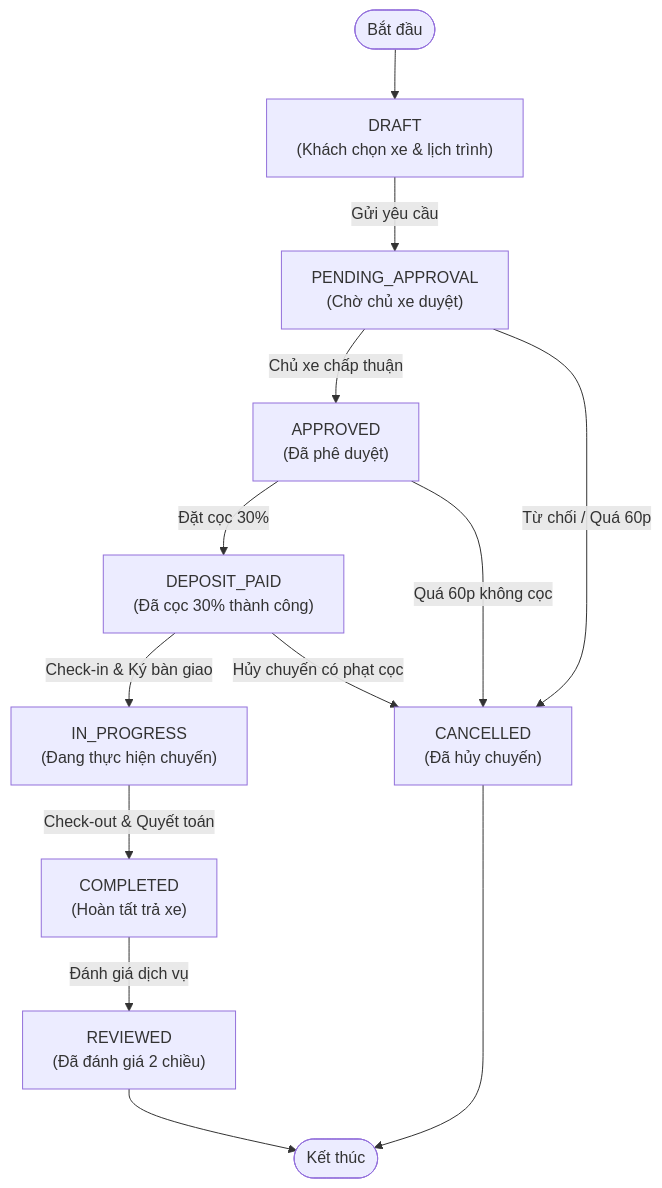
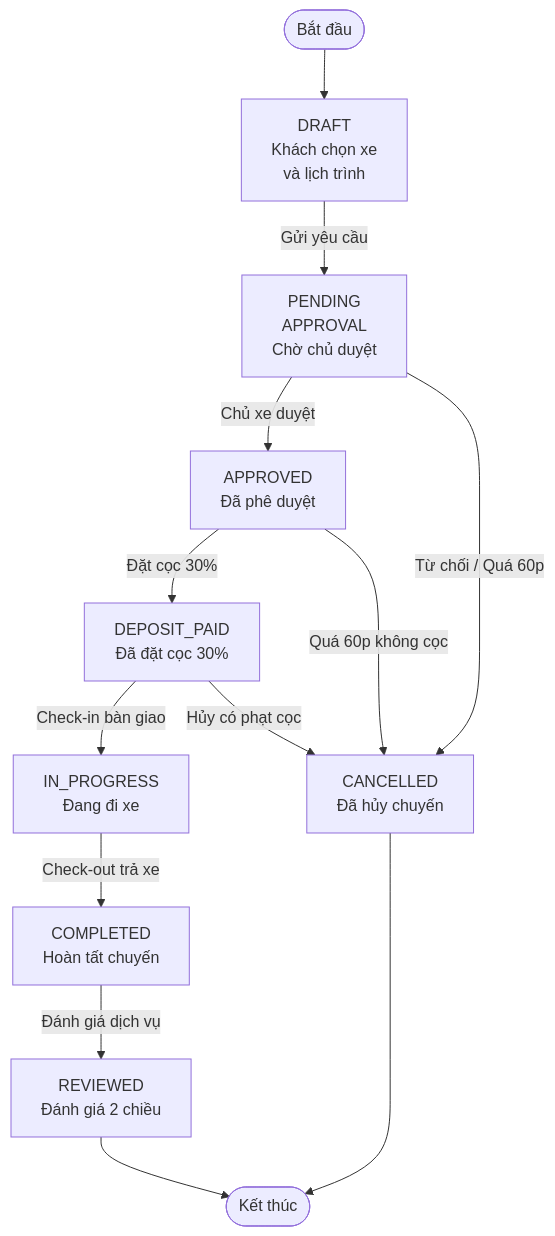
Before and after one commit to PhamQuang138/DGKTPM: the second of 4 diagrams in README.md, drawn with Mermaid. The commit also changed other lines of this file, not shown here.

Commit message:
fix: compact node text line lengths in mermaid diagrams to prevent GitHub SVG text truncation

````diff
--- a/README.md
+++ b/README.md
@@ -140,15 +140,15 @@
 ```mermaid
 flowchart TD
-    Start([Bắt đầu]) --> DRAFT["DRAFT<br/>(Khách chọn xe & lịch trình)"]
-    DRAFT -->|Gửi yêu cầu| PENDING["PENDING_APPROVAL<br/>(Chờ chủ xe duyệt)"]
-    PENDING -->|Chủ xe chấp thuận| APPROVED["APPROVED<br/>(Đã phê duyệt)"]
-    PENDING -->|Từ chối / Quá 60p| CANCELLED["CANCELLED<br/>(Đã hủy chuyến)"]
-    APPROVED -->|Đặt cọc 30%| DEPOSIT_PAID["DEPOSIT_PAID<br/>(Đã cọc 30% thành công)"]
+    Start([Bắt đầu]) --> DRAFT["DRAFT<br/>Khách chọn xe<br/>và lịch trình"]
+    DRAFT -->|Gửi yêu cầu| PENDING["PENDING<br/>APPROVAL<br/>Chờ chủ duyệt"]
+    PENDING -->|Chủ xe duyệt| APPROVED["APPROVED<br/>Đã phê duyệt"]
+    PENDING -->|Từ chối / Quá 60p| CANCELLED["CANCELLED<br/>Đã hủy chuyến"]
+    APPROVED -->|Đặt cọc 30%| DEPOSIT_PAID["DEPOSIT_PAID<br/>Đã đặt cọc 30%"]
     APPROVED -->|Quá 60p không cọc| CANCELLED
-    DEPOSIT_PAID -->|Check-in & Ký bàn giao| IN_PROGRESS["IN_PROGRESS<br/>(Đang thực hiện chuyến)"]
-    DEPOSIT_PAID -->|Hủy chuyến có phạt cọc| CANCELLED
-    IN_PROGRESS -->|Check-out & Quyết toán| COMPLETED["COMPLETED<br/>(Hoàn tất trả xe)"]
-    COMPLETED -->|Đánh giá dịch vụ| REVIEWED["REVIEWED<br/>(Đã đánh giá 2 chiều)"]
+    DEPOSIT_PAID -->|Check-in bàn giao| IN_PROGRESS["IN_PROGRESS<br/>Đang đi xe"]
+    DEPOSIT_PAID -->|Hủy có phạt cọc| CANCELLED
+    IN_PROGRESS -->|Check-out trả xe| COMPLETED["COMPLETED<br/>Hoàn tất chuyến"]
+    COMPLETED -->|Đánh giá dịch vụ| REVIEWED["REVIEWED<br/>Đánh giá 2 chiều"]
     REVIEWED --> EndNode([Kết thúc])
     CANCELLED --> EndNode
 ```
````
